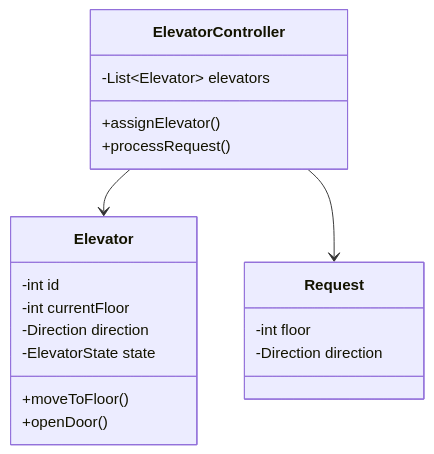
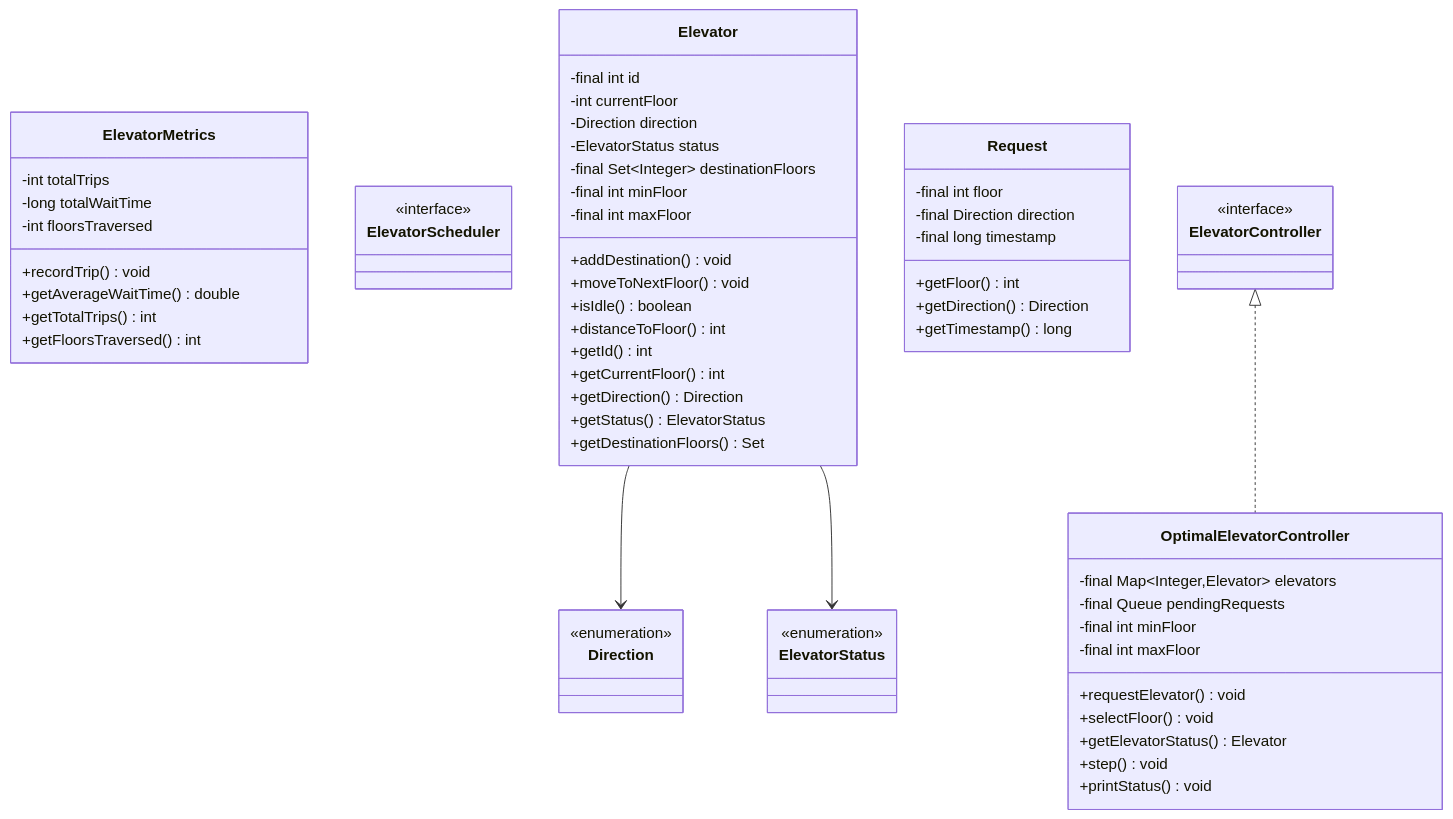
Before and after one commit to dlkr18/lld-playbook: the diagram in docs/problems/elevator/README.md, drawn with Mermaid. The commit also changed 131 other files, not shown here.

First line of the commit message:
feat: regenerate all class diagrams with comprehensive Java-based models

````diff
--- a/docs/problems/elevator/README.md
+++ b/docs/problems/elevator/README.md
@@ -422,22 +422,69 @@
 ```mermaid
 classDiagram
+
+    class OptimalElevatorController {
+        -final Map~Integer,Elevator~ elevators
+        -final Queue<Request> pendingRequests
+        -final int minFloor
+        -final int maxFloor
+        +requestElevator() void
+        +selectFloor() void
+        +getElevatorStatus() Elevator
+        +step() void
+        +printStatus() void
+    }
+
+    class ElevatorMetrics {
+        -int totalTrips
+        -long totalWaitTime
+        -int floorsTraversed
+        +recordTrip() void
+        +getAverageWaitTime() double
+        +getTotalTrips() int
+        +getFloorsTraversed() int
+    }
+
+    class ElevatorScheduler
+    <<interface>> ElevatorScheduler
+
     class Elevator {
-        -int id
+        -final int id
         -int currentFloor
         -Direction direction
-        -ElevatorState state
-        +moveToFloor()
-        +openDoor()
+        -ElevatorStatus status
+        -final Set~Integer~ destinationFloors
+        -final int minFloor
+        -final int maxFloor
+        +addDestination() void
+        +moveToNextFloor() void
+        +isIdle() boolean
+        +distanceToFloor() int
+        +getId() int
+        +getCurrentFloor() int
+        +getDirection() Direction
+        +getStatus() ElevatorStatus
+        +getDestinationFloors() Set<Integer>
     }
+
+    class ElevatorStatus
+    <<enumeration>> ElevatorStatus
+
+    class Direction
+    <<enumeration>> Direction
+
     class Request {
-        -int floor
-        -Direction direction
+        -final int floor
+        -final Direction direction
+        -final long timestamp
+        +getFloor() int
+        +getDirection() Direction
+        +getTimestamp() long
     }
-    class ElevatorController {
-        -List~Elevator~ elevators
-        +assignElevator()
-        +processRequest()
-    }
-    ElevatorController --> Elevator
-    ElevatorController --> Request
+
+    class ElevatorController
+    <<interface>> ElevatorController
+
+    ElevatorController <|.. OptimalElevatorController
+    Elevator --> Direction
+    Elevator --> ElevatorStatus
 ```
````
